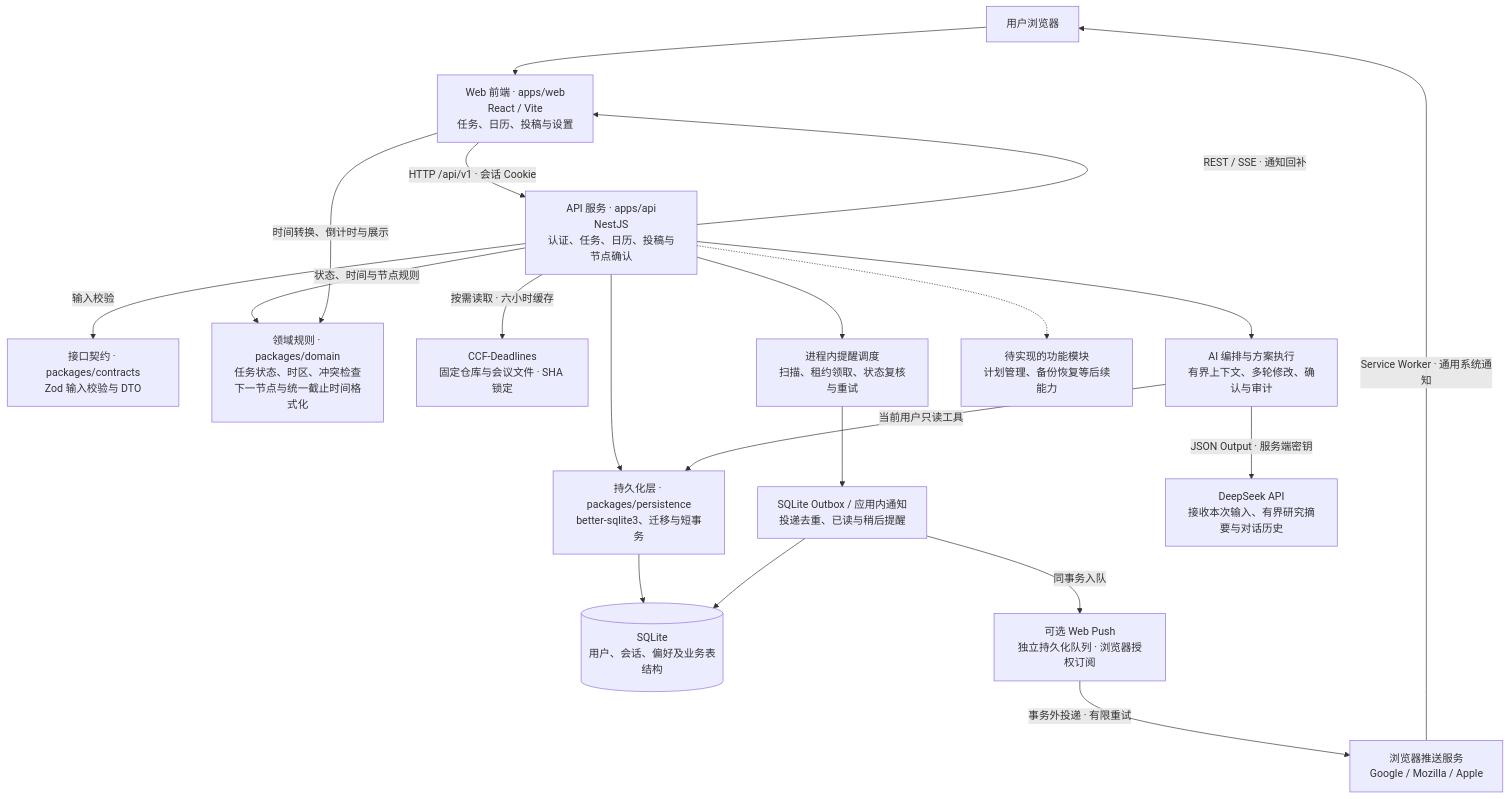
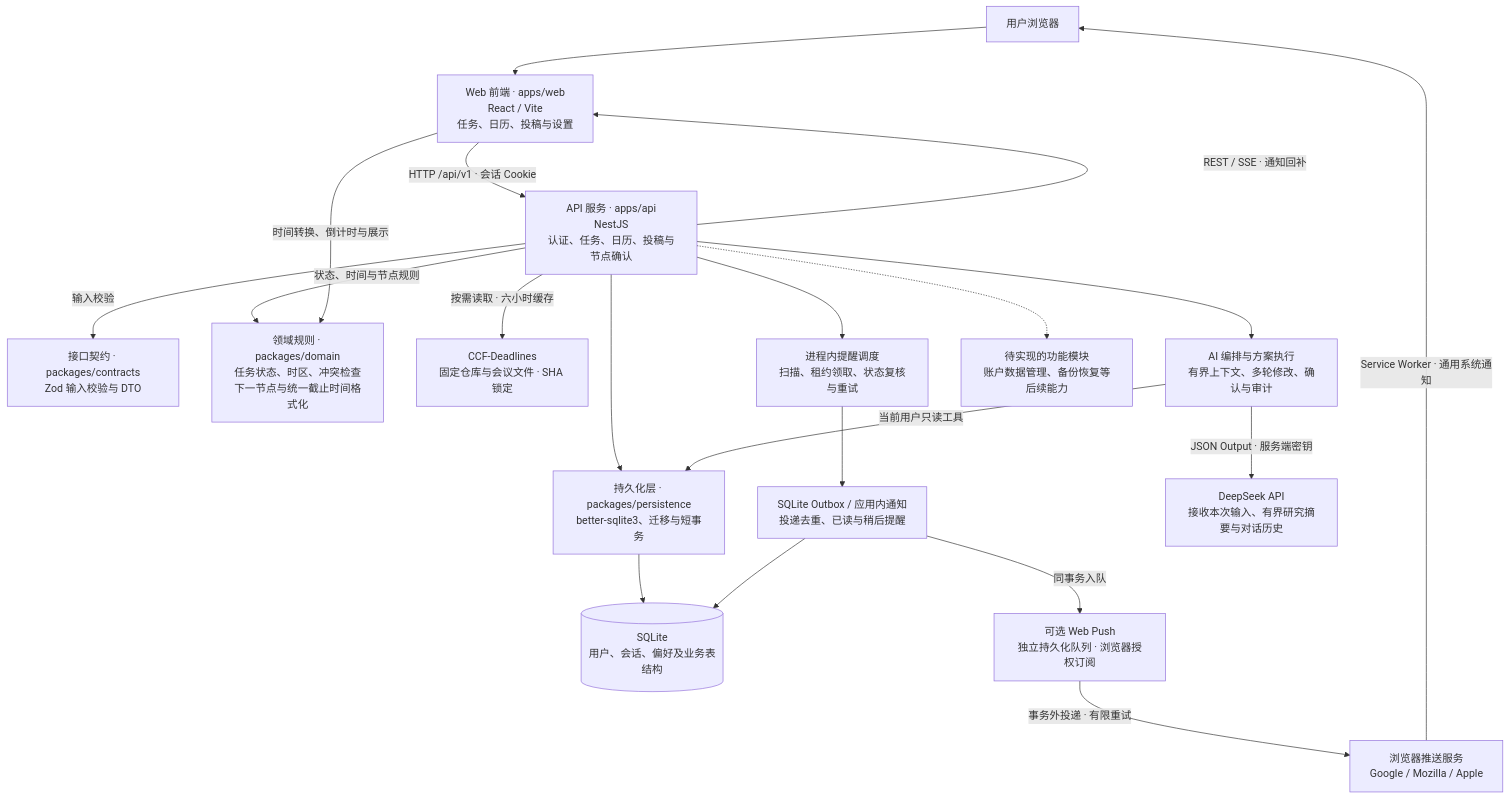
Before and after one commit to shenyang70s/daily-plan: the diagram in README.md, drawn with Mermaid. The commit also changed other lines of this file and 28 other files, not shown here.

````diff
--- a/README.md
+++ b/README.md
@@ -27,38 +27,38 @@
 ```mermaid
 flowchart TB
   browser["用户浏览器"]
   web["Web 前端 · apps/web<br/>React / Vite<br/>任务、日历、投稿与设置"]
   api["API 服务 · apps/api<br/>NestJS<br/>认证、任务、日历、投稿与节点确认"]
   contracts["接口契约 · packages/contracts<br/>Zod 输入校验与 DTO"]
   persistence["持久化层 · packages/persistence<br/>better-sqlite3、迁移与短事务"]
   db[("SQLite<br/>用户、会话、偏好及业务表结构")]
   domain["领域规则 · packages/domain<br/>任务状态、时区、冲突检查<br/>下一节点与统一截止时间格式化"]
   conferences["CCF-Deadlines<br/>固定仓库与会议文件 · SHA 锁定"]
   scheduler["进程内提醒调度<br/>扫描、租约领取、状态复核与重试"]
   outbox["SQLite Outbox / 应用内通知<br/>投递去重、已读与稍后提醒"]
   push["可选 Web Push<br/>独立持久化队列 · 浏览器授权订阅"]
   provider["浏览器推送服务<br/>Google / Mozilla / Apple"]
   ai["AI 编排与方案执行<br/>有界上下文、多轮修改、确认与审计"]
   deepseek["DeepSeek API<br/>接收本次输入、有界研究摘要与对话历史"]
-  planned["待实现的功能模块<br/>计划管理、备份恢复等后续能力"]
+  planned["待实现的功能模块<br/>账户数据管理、备份恢复等后续能力"]
 
   browser --> web
   web -->|"HTTP /api/v1 · 会话 Cookie"| api
   api -->|"输入校验"| contracts
   api --> persistence
   persistence --> db
   api -->|"状态、时间与节点规则"| domain
   web -->|"时间转换、倒计时与展示"| domain
   api -->|"按需读取 · 六小时缓存"| conferences
   api --> scheduler
   scheduler --> outbox
   outbox --> db
   outbox -->|"同事务入队"| push
   push -->|"事务外投递 · 有限重试"| provider
   provider -->|"Service Worker · 通用系统通知"| browser
   api -->|"REST / SSE · 通知回补"| web
   api --> ai
   ai -->|"JSON Output · 服务端密钥"| deepseek
   ai -->|"当前用户只读工具"| persistence
   api -.-> planned
 ```
````
